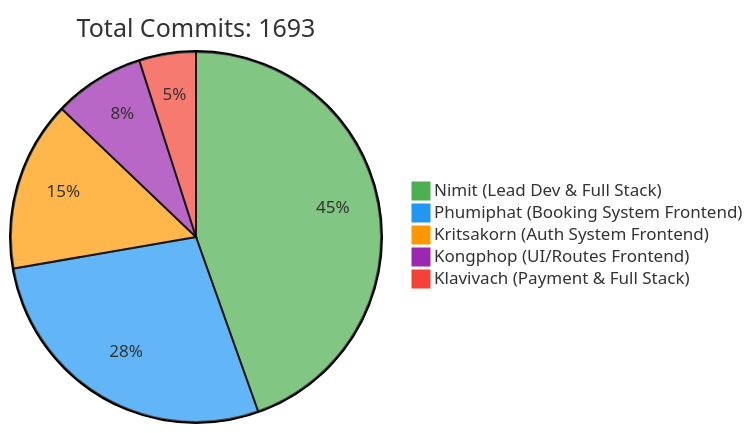
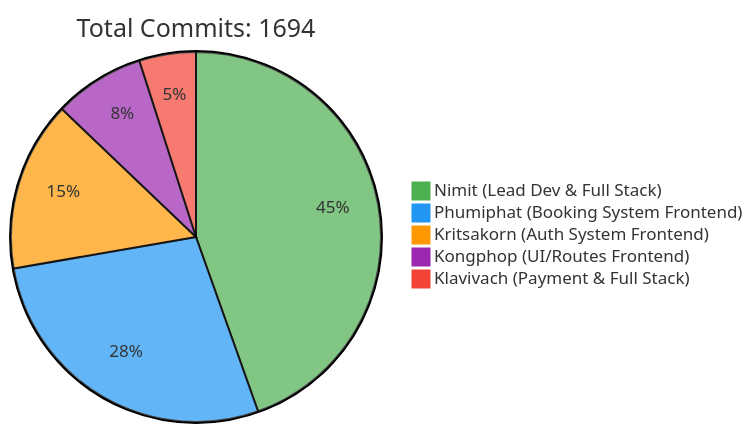
The first of 2 diagrams in README.md (6531503042/Sport-Complex), drawn with Mermaid before and after one commit. The commit also changed other lines of this file, not shown here.

Commit message:
docs: Update contributor statistics [skip ci]

````diff
--- a/README.md
+++ b/README.md
@@ -257,10 +257,10 @@
 ```mermaid
 %%{init: {'theme': 'base', 'themeVariables': { 'pie1': '#4CAF50', 'pie2': '#2196F3', 'pie3': '#FF9800', 'pie4': '#9C27B0', 'pie5': '#F44336'}}}%%
 pie
-    title Total Commits: 1693
+    title Total Commits: 1694
     "Nimit (Lead Dev & Full Stack)" : 450
     "Phumiphat (Booking System Frontend)" : 280
     "Kritsakorn (Auth System Frontend)" : 150
     "Kongphop (UI/Routes Frontend)" : 80
     "Klavivach (Payment & Full Stack)" : 50
 ```
````
